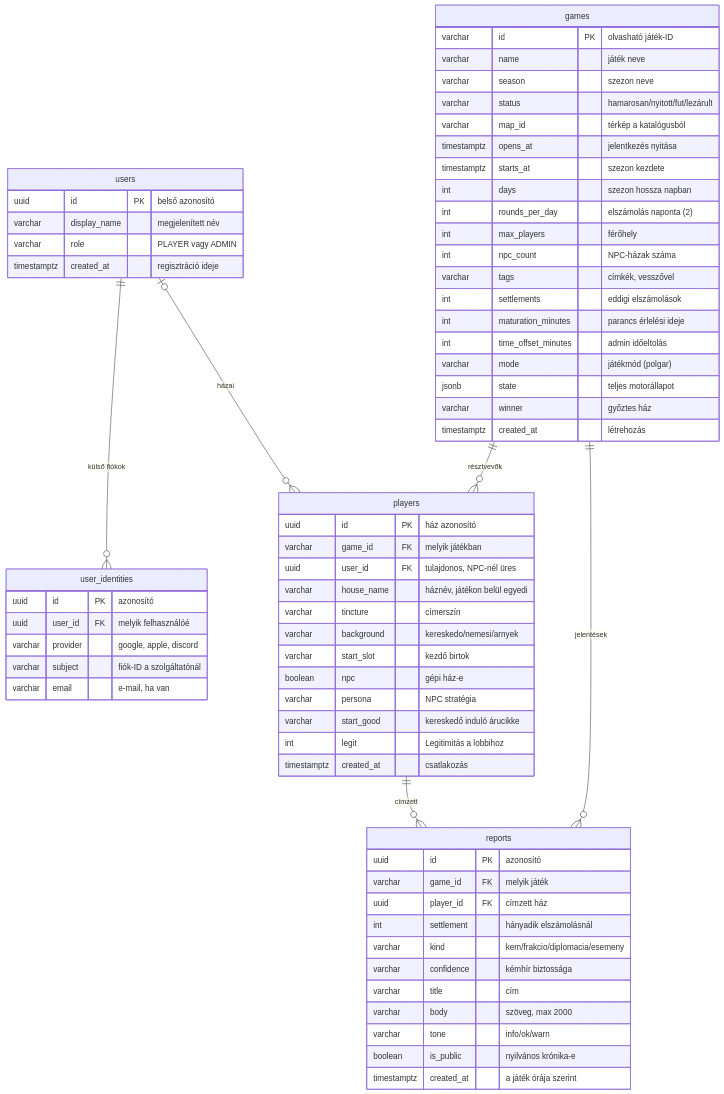
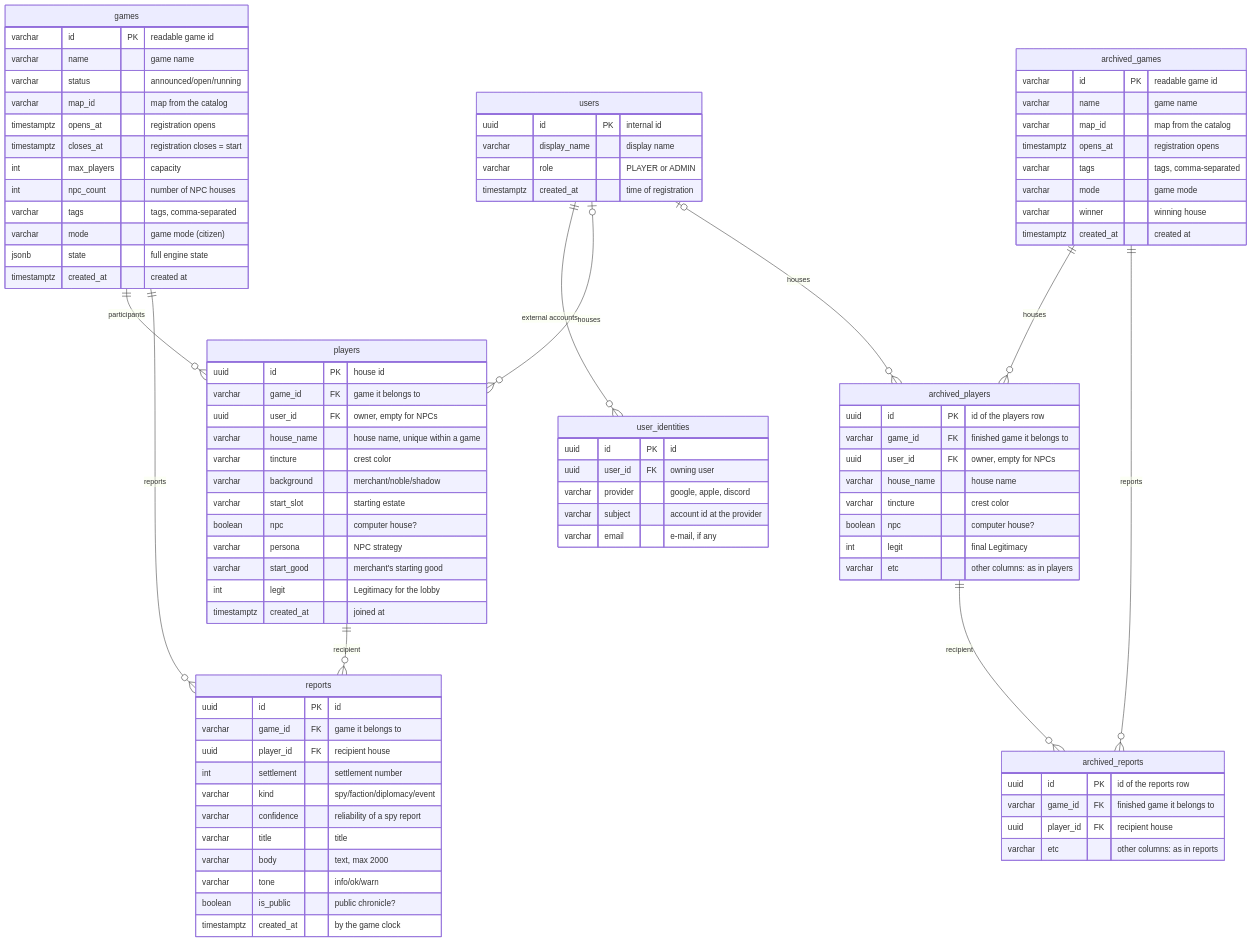
Before and after one commit to hoftomi/city-proto: the first of 2 diagrams in docs/adatbazis/README.md, drawn with Mermaid. The commit also changed other lines of this file and 328 other files, not shown here.

````diff
--- a/docs/adatbazis/README.md
+++ b/docs/adatbazis/README.md
@@ -10,69 +10,92 @@
 ```mermaid
 erDiagram
-  users ||--o{ user_identities : "külső fiókok"
-  users |o--o{ players : "házai"
-  games ||--o{ players : "résztvevők"
-  games ||--o{ reports : "jelentések"
-  players ||--o{ reports : "címzett"
+  users ||--o{ user_identities : "external accounts"
+  users |o--o{ players : "houses"
+  games ||--o{ players : "participants"
+  games ||--o{ reports : "reports"
+  players ||--o{ reports : "recipient"
+  archived_games ||--o{ archived_players : "houses"
+  archived_games ||--o{ archived_reports : "reports"
+  archived_players ||--o{ archived_reports : "recipient"
+  users |o--o{ archived_players : "houses"
   users {
-    uuid id PK "belső azonosító"
-    varchar display_name "megjelenített név"
-    varchar role "PLAYER vagy ADMIN"
-    timestamptz created_at "regisztráció ideje"
+    uuid id PK "internal id"
+    varchar display_name "display name"
+    varchar role "PLAYER or ADMIN"
+    timestamptz created_at "time of registration"
   }
   user_identities {
-    uuid id PK "azonosító"
-    uuid user_id FK "melyik felhasználóé"
+    uuid id PK "id"
+    uuid user_id FK "owning user"
     varchar provider "google, apple, discord"
-    varchar subject "fiók-ID a szolgáltatónál"
-    varchar email "e-mail, ha van"
+    varchar subject "account id at the provider"
+    varchar email "e-mail, if any"
   }
   games {
-    varchar id PK "olvasható játék-ID"
-    varchar name "játék neve"
-    varchar season "szezon neve"
-    varchar status "hamarosan/nyitott/fut/lezárult"
-    varchar map_id "térkép a katalógusból"
-    timestamptz opens_at "jelentkezés nyitása"
-    timestamptz starts_at "szezon kezdete"
-    int days "szezon hossza napban"
-    int rounds_per_day "elszámolás naponta (2)"
-    int max_players "férőhely"
-    int npc_count "NPC-házak száma"
-    varchar tags "címkék, vesszővel"
-    int settlements "eddigi elszámolások"
-    int maturation_minutes "parancs érlelési ideje"
-    int time_offset_minutes "admin időeltolás"
-    varchar mode "játékmód (polgar)"
-    jsonb state "teljes motorállapot"
-    varchar winner "győztes ház"
-    timestamptz created_at "létrehozás"
+    varchar id PK "readable game id"
+    varchar name "game name"
+    varchar status "announced/open/running"
+    varchar map_id "map from the catalog"
+    timestamptz opens_at "registration opens"
+    timestamptz closes_at "registration closes = start"
+    int max_players "capacity"
+    int npc_count "number of NPC houses"
+    varchar tags "tags, comma-separated"
+    varchar mode "game mode (citizen)"
+    jsonb state "full engine state"
+    timestamptz created_at "created at"
+  }
+  archived_games {
+    varchar id PK "readable game id"
+    varchar name "game name"
+    varchar map_id "map from the catalog"
+    timestamptz opens_at "registration opens"
+    varchar tags "tags, comma-separated"
+    varchar mode "game mode"
+    varchar winner "winning house"
+    timestamptz created_at "created at"
+  }
+  archived_players {
+    uuid id PK "id of the players row"
+    varchar game_id FK "finished game it belongs to"
+    uuid user_id FK "owner, empty for NPCs"
+    varchar house_name "house name"
+    varchar tincture "crest color"
+    boolean npc "computer house?"
+    int legit "final Legitimacy"
+    varchar etc "other columns: as in players"
+  }
+  archived_reports {
+    uuid id PK "id of the reports row"
+    varchar game_id FK "finished game it belongs to"
+    uuid player_id FK "recipient house"
+    varchar etc "other columns: as in reports"
   }
   players {
-    uuid id PK "ház azonosító"
-    varchar game_id FK "melyik játékban"
-    uuid user_id FK "tulajdonos, NPC-nél üres"
-    varchar house_name "háznév, játékon belül egyedi"
-    varchar tincture "címerszín"
-    varchar background "kereskedo/nemesi/arnyek"
-    varchar start_slot "kezdő birtok"
-    boolean npc "gépi ház-e"
-    varchar persona "NPC stratégia"
-    varchar start_good "kereskedő induló árucikke"
-    int legit "Legitimitás a lobbihoz"
-    timestamptz created_at "csatlakozás"
+    uuid id PK "house id"
+    varchar game_id FK "game it belongs to"
+    uuid user_id FK "owner, empty for NPCs"
+    varchar house_name "house name, unique within a game"
+    varchar tincture "crest color"
+    varchar background "merchant/noble/shadow"
+    varchar start_slot "starting estate"
+    boolean npc "computer house?"
+    varchar persona "NPC strategy"
+    varchar start_good "merchant's starting good"
+    int legit "Legitimacy for the lobby"
+    timestamptz created_at "joined at"
   }
   reports {
-    uuid id PK "azonosító"
-    varchar game_id FK "melyik játék"
-    uuid player_id FK "címzett ház"
-    int settlement "hányadik elszámolásnál"
-    varchar kind "kem/frakcio/diplomacia/esemeny"
-    varchar confidence "kémhír biztossága"
-    varchar title "cím"
-    varchar body "szöveg, max 2000"
+    uuid id PK "id"
+    varchar game_id FK "game it belongs to"
+    uuid player_id FK "recipient house"
+    int settlement "settlement number"
+    varchar kind "spy/faction/diplomacy/event"
+    varchar confidence "reliability of a spy report"
+    varchar title "title"
+    varchar body "text, max 2000"
     varchar tone "info/ok/warn"
-    boolean is_public "nyilvános krónika-e"
-    timestamptz created_at "a játék órája szerint"
+    boolean is_public "public chronicle?"
+    timestamptz created_at "by the game clock"
   }
 ```
````
